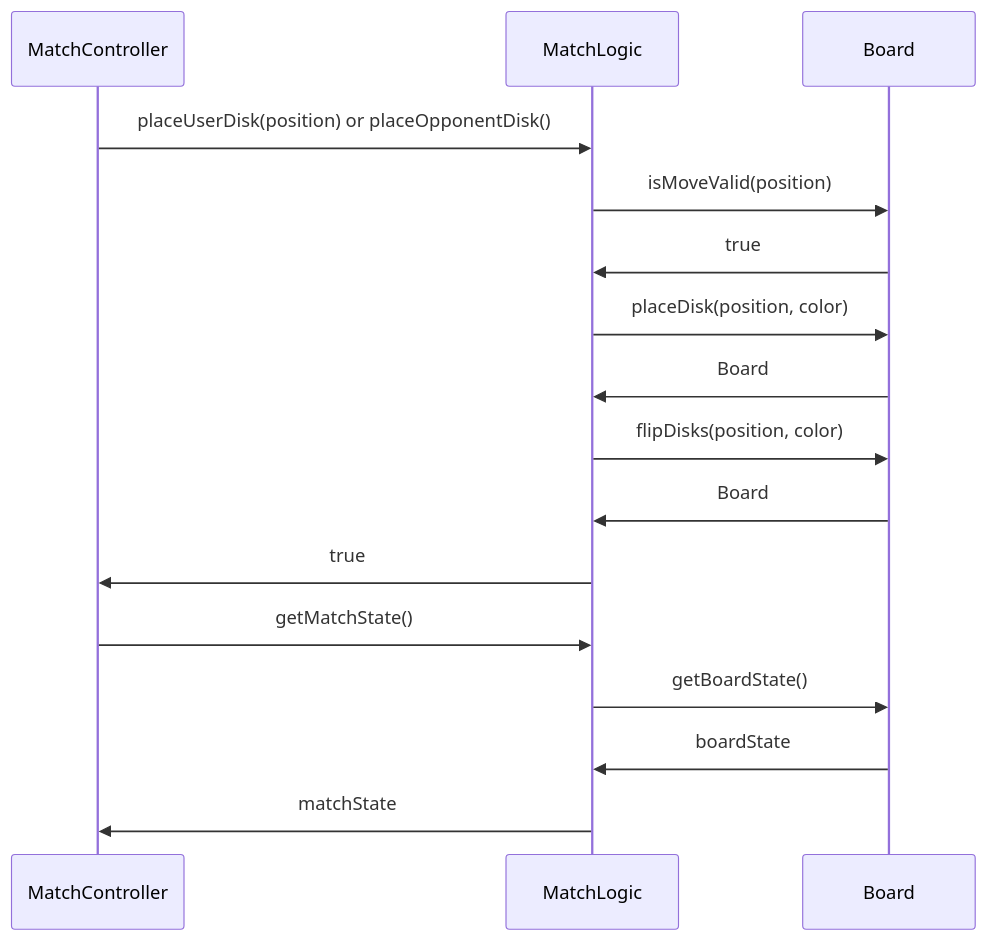
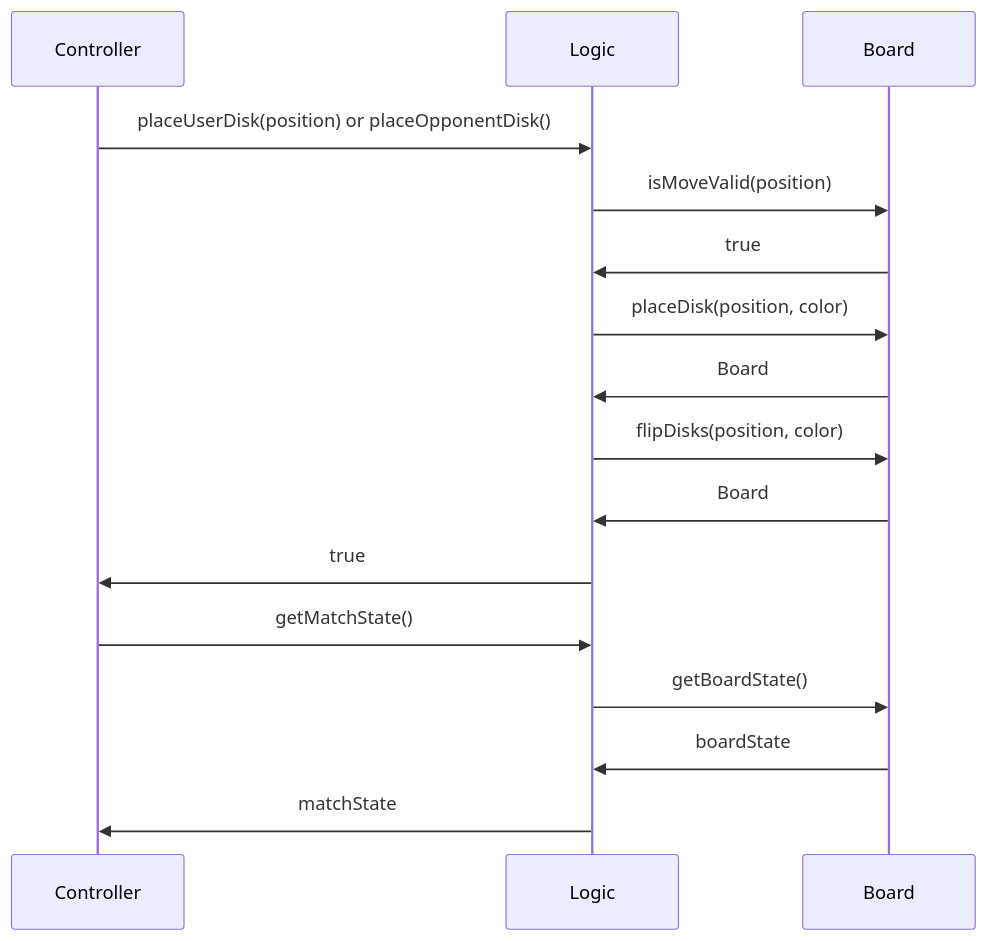
Before and after one commit to Borgotto/PPS-25-scalatello: diagram 11 of 11 in docs/report/5-detailed-design.md, drawn with Mermaid. The commit also changed other lines of this file and 1 other file, not shown here.

Commit message:
Remove Match suffix from Logic and Controller

````diff
--- a/docs/report/5-detailed-design.md
+++ b/docs/report/5-detailed-design.md
@@ -266,15 +266,15 @@
 ```mermaid
 sequenceDiagram
-  MatchController ->> MatchLogic: placeUserDisk(position) or placeOpponentDisk()
-  MatchLogic ->> Board: isMoveValid(position)
-  Board ->> MatchLogic: true
-  MatchLogic ->> Board: placeDisk(position, color)
-  Board ->> MatchLogic: Board
-  MatchLogic ->> Board: flipDisks(position, color)
-  Board ->> MatchLogic: Board
-  MatchLogic ->> MatchController: true
-  MatchController ->> MatchLogic: getMatchState()
-  MatchLogic ->> Board: getBoardState()
-  Board ->> MatchLogic: boardState
-  MatchLogic ->> MatchController: matchState
+  Controller ->> Logic: placeUserDisk(position) or placeOpponentDisk()
+  Logic ->> Board: isMoveValid(position)
+  Board ->> Logic: true
+  Logic ->> Board: placeDisk(position, color)
+  Board ->> Logic: Board
+  Logic ->> Board: flipDisks(position, color)
+  Board ->> Logic: Board
+  Logic ->> Controller: true
+  Controller ->> Logic: getMatchState()
+  Logic ->> Board: getBoardState()
+  Board ->> Logic: boardState
+  Logic ->> Controller: matchState
 ```
````
